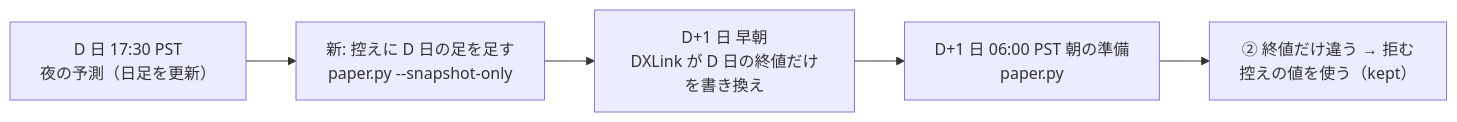
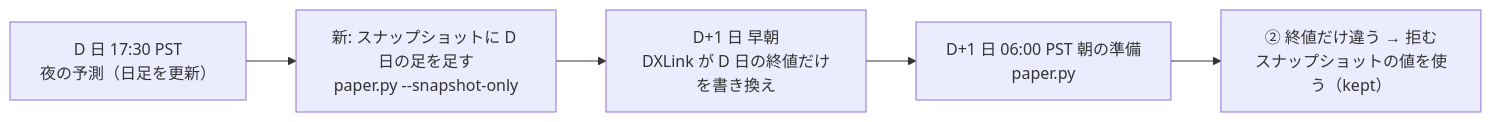
The diagram in docs/plans/closes-snapshot-night.md (akiraak/ai-income-lab), drawn with Mermaid before and after one commit. The commit also changed other lines of this file and 45 other files, not shown here.

````diff
--- a/docs/plans/closes-snapshot-night.md
+++ b/docs/plans/closes-snapshot-night.md
@@ -14,7 +14,7 @@
 ```mermaid
 flowchart LR
-  A["D 日 17:30 PST<br/>夜の予測（日足を更新）"] --> B["新: 控えに D 日の足を足す<br/>paper.py --snapshot-only"]
+  A["D 日 17:30 PST<br/>夜の予測（日足を更新）"] --> B["新: スナップショットに D 日の足を足す<br/>paper.py --snapshot-only"]
   B --> C["D+1 日 早朝<br/>DXLink が D 日の終値だけを書き換え"]
   C --> D["D+1 日 06:00 PST 朝の準備<br/>paper.py"]
-  D --> E["② 終値だけ違う → 拒む<br/>控えの値を使う（kept）"]
+  D --> E["② 終値だけ違う → 拒む<br/>スナップショットの値を使う（kept）"]
 ```
````
